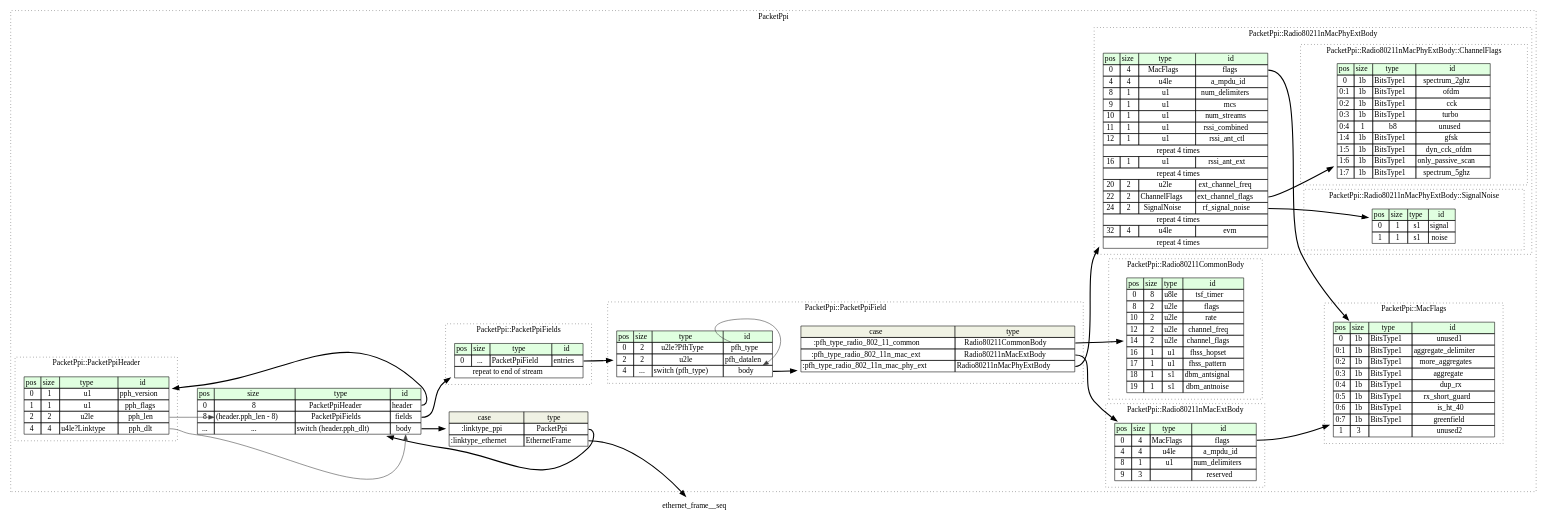
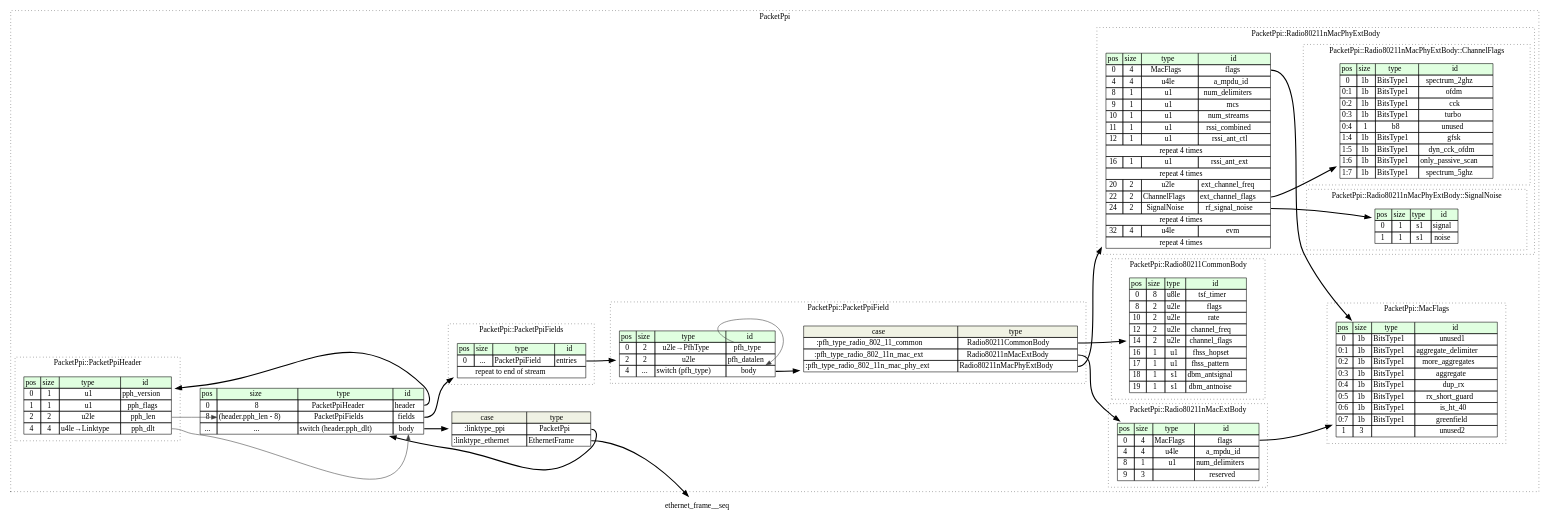
The diagram in packet_ppi/src/graphviz/packet_ppi.dot (kaitai-io/formats-kaitai-io.github.io), drawn with Graphviz before and after one commit. The commit also changed 262 other files, not shown here.

```diff
--- a/packet_ppi/src/graphviz/packet_ppi.dot
+++ b/packet_ppi/src/graphviz/packet_ppi.dot
@@ -64,7 +64,7 @@
 				<TR><TD PORT="pph_version_pos">0</TD><TD PORT="pph_version_size">1</TD><TD>u1</TD><TD PORT="pph_version_type">pph_version</TD></TR>
 				<TR><TD PORT="pph_flags_pos">1</TD><TD PORT="pph_flags_size">1</TD><TD>u1</TD><TD PORT="pph_flags_type">pph_flags</TD></TR>
 				<TR><TD PORT="pph_len_pos">2</TD><TD PORT="pph_len_size">2</TD><TD>u2le</TD><TD PORT="pph_len_type">pph_len</TD></TR>
-				<TR><TD PORT="pph_dlt_pos">4</TD><TD PORT="pph_dlt_size">4</TD><TD>u4le?Linktype</TD><TD PORT="pph_dlt_type">pph_dlt</TD></TR>
+				<TR><TD PORT="pph_dlt_pos">4</TD><TD PORT="pph_dlt_size">4</TD><TD>u4le→Linktype</TD><TD PORT="pph_dlt_type">pph_dlt</TD></TR>
 			</TABLE>>];
 		}
 		subgraph cluster__radio_802_11_common_body {
@@ -90,7 +90,7 @@
 
 			packet_ppi_field__seq [label=<<TABLE BORDER="0" CELLBORDER="1" CELLSPACING="0">
 				<TR><TD BGCOLOR="#E0FFE0">pos</TD><TD BGCOLOR="#E0FFE0">size</TD><TD BGCOLOR="#E0FFE0">type</TD><TD BGCOLOR="#E0FFE0">id</TD></TR>
-				<TR><TD PORT="pfh_type_pos">0</TD><TD PORT="pfh_type_size">2</TD><TD>u2le?PfhType</TD><TD PORT="pfh_type_type">pfh_type</TD></TR>
+				<TR><TD PORT="pfh_type_pos">0</TD><TD PORT="pfh_type_size">2</TD><TD>u2le→PfhType</TD><TD PORT="pfh_type_type">pfh_type</TD></TR>
 				<TR><TD PORT="pfh_datalen_pos">2</TD><TD PORT="pfh_datalen_size">2</TD><TD>u2le</TD><TD PORT="pfh_datalen_type">pfh_datalen</TD></TR>
 				<TR><TD PORT="body_pos">4</TD><TD PORT="body_size">...</TD><TD>switch (pfh_type)</TD><TD PORT="body_type">body</TD></TR>
 			</TABLE>>];
```
